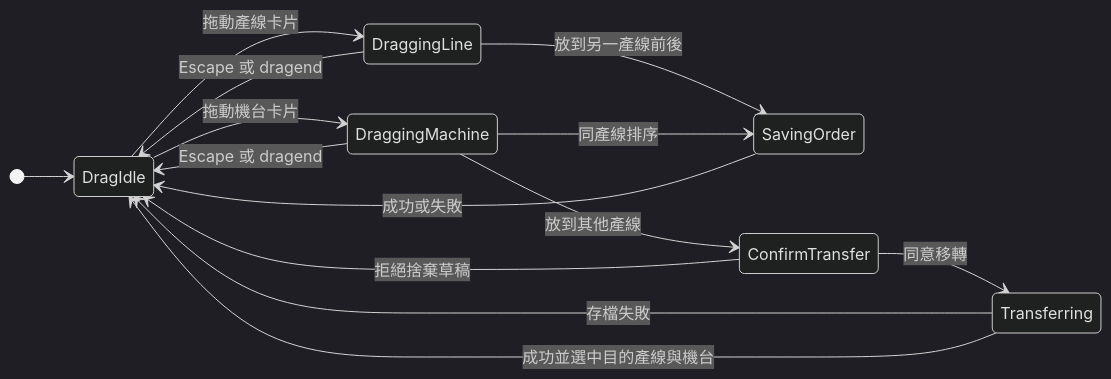
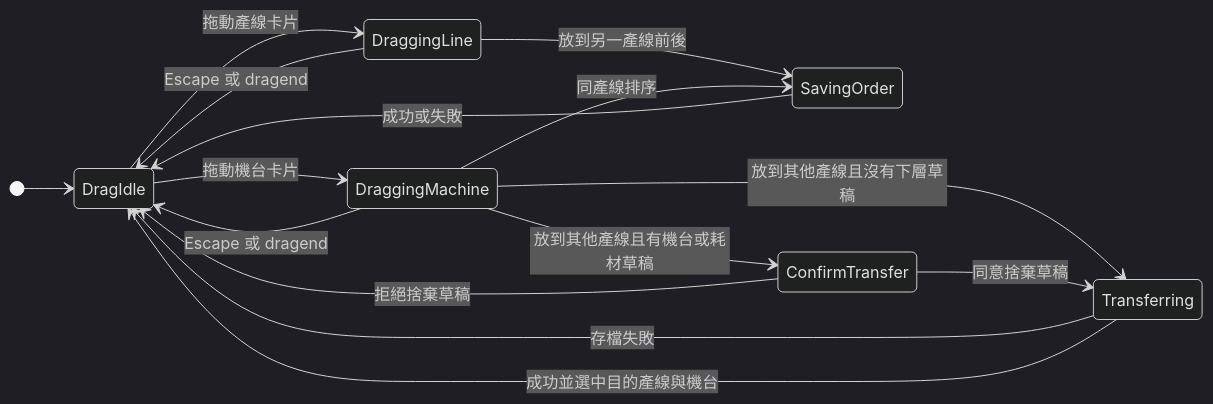
Before and after one commit to Ansenchen123/factory-manager-portable: the eighth of 15 diagrams in docs/state-machine.md, drawn with Mermaid (dark theme). The commit also changed other lines of this file, not shown here.

Commit message:
docs: make the state machine specification verifiable

````diff
--- a/docs/state-machine.md
+++ b/docs/state-machine.md
@@ -283,18 +325,19 @@
 ```mermaid
 stateDiagram-v2
     direction LR
 
     [*] --> DragIdle
     DragIdle --> DraggingLine: 拖動產線卡片
     DragIdle --> DraggingMachine: 拖動機台卡片
     DraggingLine --> DragIdle: Escape 或 dragend
     DraggingMachine --> DragIdle: Escape 或 dragend
     DraggingLine --> SavingOrder: 放到另一產線前後
     DraggingMachine --> SavingOrder: 同產線排序
-    DraggingMachine --> ConfirmTransfer: 放到其他產線
+    DraggingMachine --> Transferring: 放到其他產線且沒有下層草稿
+    DraggingMachine --> ConfirmTransfer: 放到其他產線且有機台或耗材草稿
     ConfirmTransfer --> DragIdle: 拒絕捨棄草稿
-    ConfirmTransfer --> Transferring: 同意移轉
+    ConfirmTransfer --> Transferring: 同意捨棄草稿
     Transferring --> DragIdle: 存檔失敗
     Transferring --> DragIdle: 成功並選中目的產線與機台
     SavingOrder --> DragIdle: 成功或失敗
 ```
````
